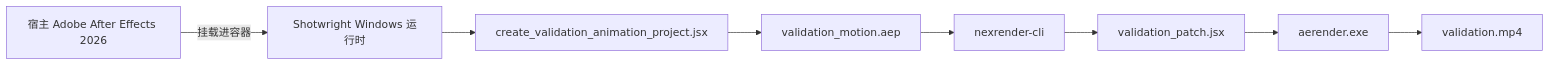
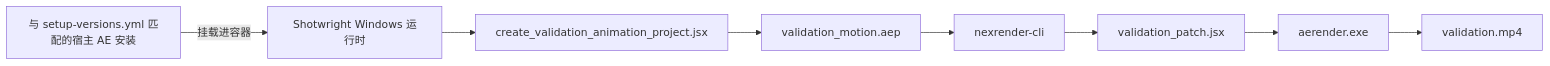
The diagram in README-cn.md (machinepulse-ai/shotwright), drawn with Mermaid before and after one commit. The commit also changed other lines of this file and 16 other files, not shown here.

````diff
--- a/README-cn.md
+++ b/README-cn.md
@@ -85,10 +85,10 @@
 ```mermaid
 flowchart LR
-		H[宿主 Adobe After Effects 2026] -->|挂载进容器| C[Shotwright Windows 运行时]
+		H[与 setup-versions.yml 匹配的宿主 AE 安装] -->|挂载进容器| C[Shotwright Windows 运行时]
 		C --> P[create_validation_animation_project.jsx]
 		P --> A[validation_motion.aep]
 		A --> N[nexrender-cli]
 		N --> S[validation_patch.jsx]
 		S --> R[aerender.exe]
 		R --> M[validation.mp4]
 ```
````
